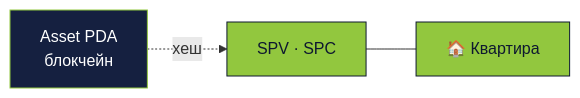
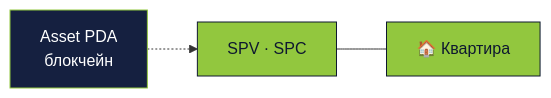
One commit to In-Da-Hack-Decentrathon/presentation changed diagram 21 of 44 in slides.md. Above: the diagram before and after it, drawn with Mermaid. The commit also changed other lines of this file and 1 other file, not shown here.

````diff
--- a/slides.md
+++ b/slides.md
@@ -2333,12 +2333,12 @@
 ```mermaid {scale: 0.55}
 flowchart LR
   Asset[Asset PDA<br/>блокчейн]
   SPV[SPV · SPC]
   Flat[🏠 Квартира]
-  Asset -.хеш.-> SPV
+  Asset -.-> SPV
   SPV --- Flat
   classDef new fill:#92c73e,stroke:#0e1830,color:#0e1830
   classDef dim fill:#152040,stroke:#92c73e,color:#ffffff
   class Asset dim
   class SPV,Flat new
 ```
````
